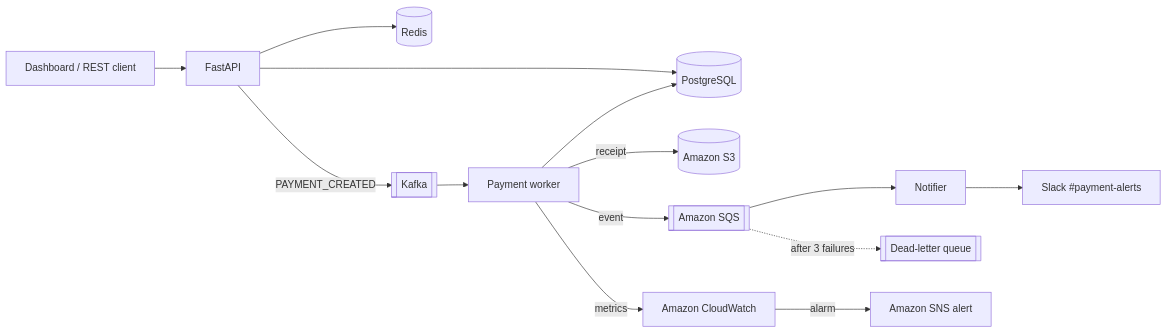
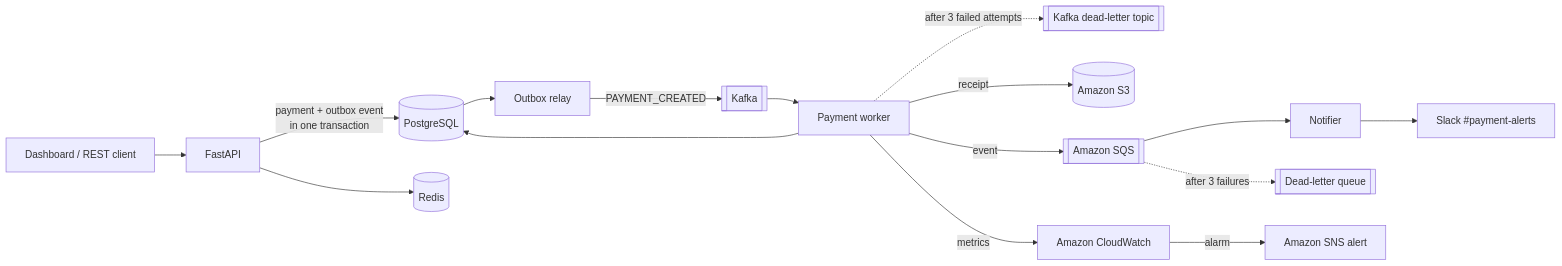
The diagram in README.md (anuranganathan/LedgerFlow), drawn with Mermaid before and after one commit. The commit also changed other lines of this file and 20 other files, not shown here.

````diff
--- a/README.md
+++ b/README.md
@@ -11,16 +11,18 @@
 ```mermaid
 flowchart LR
     Client[Dashboard / REST client] --> API[FastAPI]
-    API --> DB[(PostgreSQL)]
+    API -- payment + outbox event<br/>in one transaction --> DB[(PostgreSQL)]
     API --> Cache[(Redis)]
-    API -- PAYMENT_CREATED --> Kafka[[Kafka]]
+    DB --> Relay[Outbox relay]
+    Relay -- PAYMENT_CREATED --> Kafka[[Kafka]]
     Kafka --> Worker[Payment worker]
+    Worker -. after 3 failed attempts .-> KDLQ[[Kafka dead-letter topic]]
     Worker --> DB
     Worker -- receipt --> S3[(Amazon S3)]
     Worker -- event --> SQS[[Amazon SQS]]
     Worker -- metrics --> CW[Amazon CloudWatch]
     SQS --> Notifier[Notifier]
     Notifier --> Slack[Slack #payment-alerts]
     SQS -. after 3 failures .-> DLQ[[Dead-letter queue]]
     CW -- alarm --> SNS[Amazon SNS alert]
 ```
````
